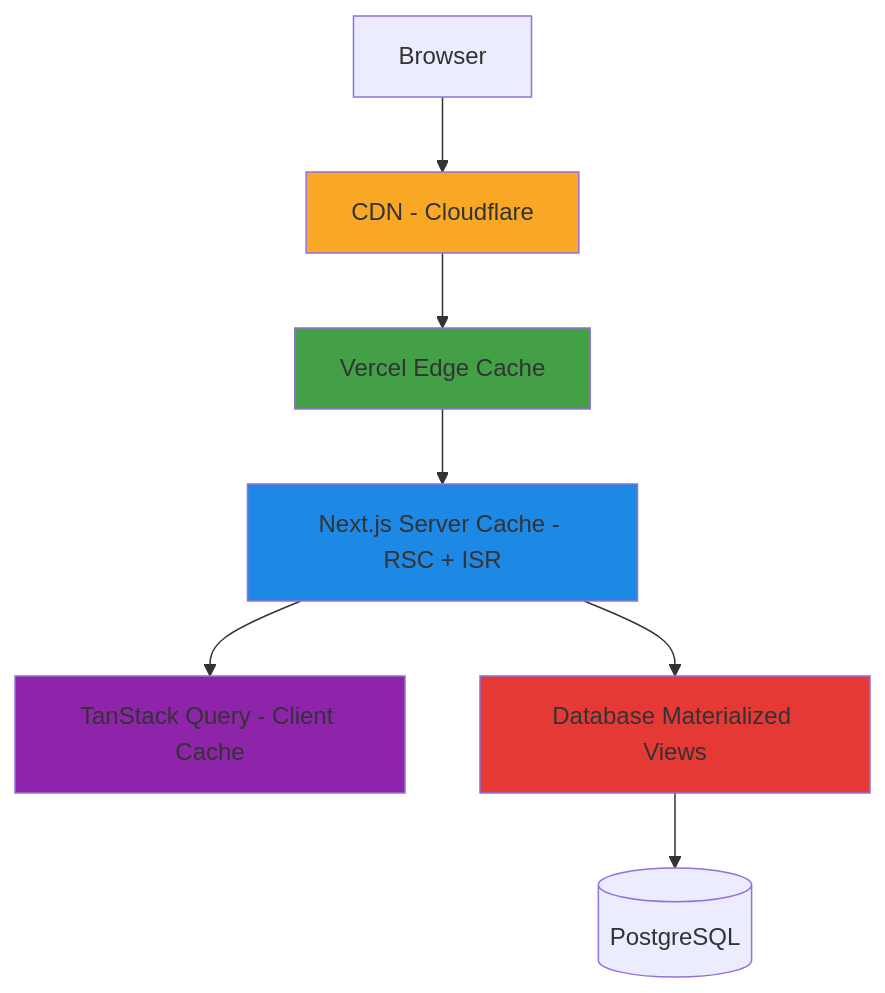
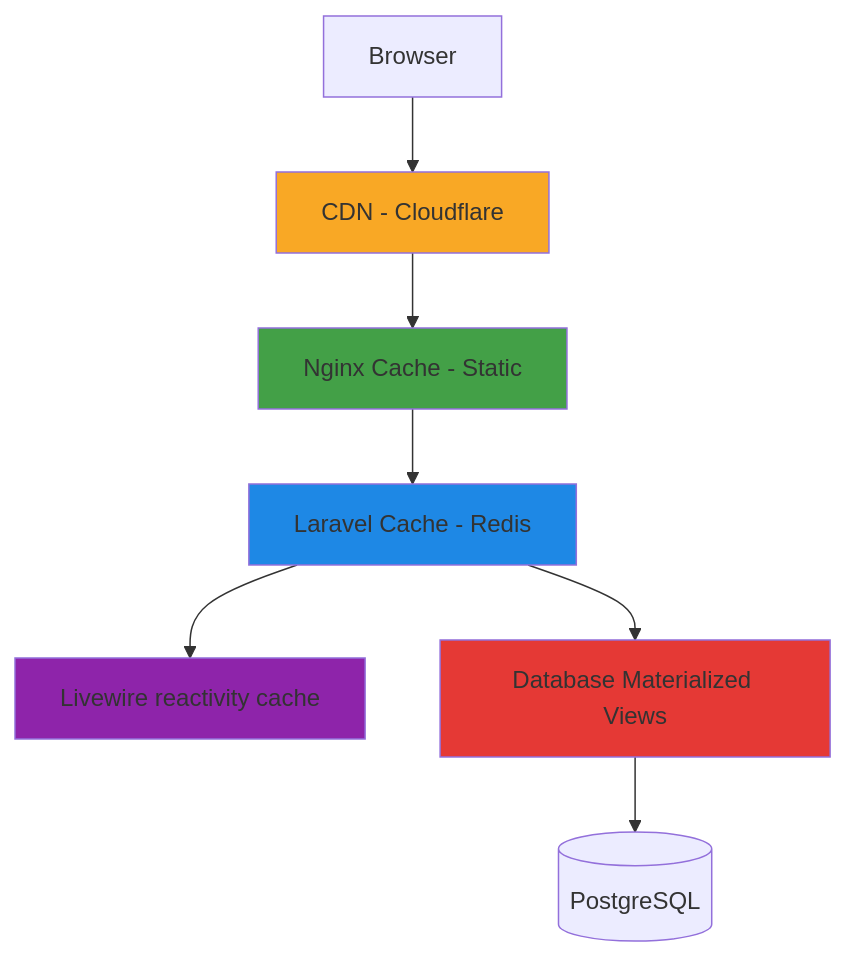
The sixth of 7 diagrams in مسودات-الوكلاء/الجزء-03-التكاملات-والأمان-والأداء.md (alharbib902-del/technical-handover), drawn with Mermaid before and after one commit. The commit also changed other lines of this file and 22 other files, not shown here.

First line of the commit message:
feat: switch tech stack to Laravel 11 + Filament 3 (replacing Next.js + Supabase)

````diff
--- a/مسودات-الوكلاء/الجزء-03-التكاملات-والأمان-والأداء.md
+++ b/مسودات-الوكلاء/الجزء-03-التكاملات-والأمان-والأداء.md
@@ -1166,15 +1548,15 @@
 ```mermaid
 graph TB
     A[Browser] --> B[CDN - Cloudflare]
-    B --> C[Vercel Edge Cache]
-    C --> D[Next.js Server Cache - RSC + ISR]
-    D --> E[TanStack Query - Client Cache]
+    B --> C[Nginx Cache - Static]
+    C --> D[Laravel Cache - Redis]
+    D --> E[Livewire reactivity cache]
     D --> F[Database Materialized Views]
     F --> G[(PostgreSQL)]
 
     style B fill:#f9a825
     style C fill:#43a047
     style D fill:#1e88e5
     style E fill:#8e24aa
     style F fill:#e53935
 ```
````
